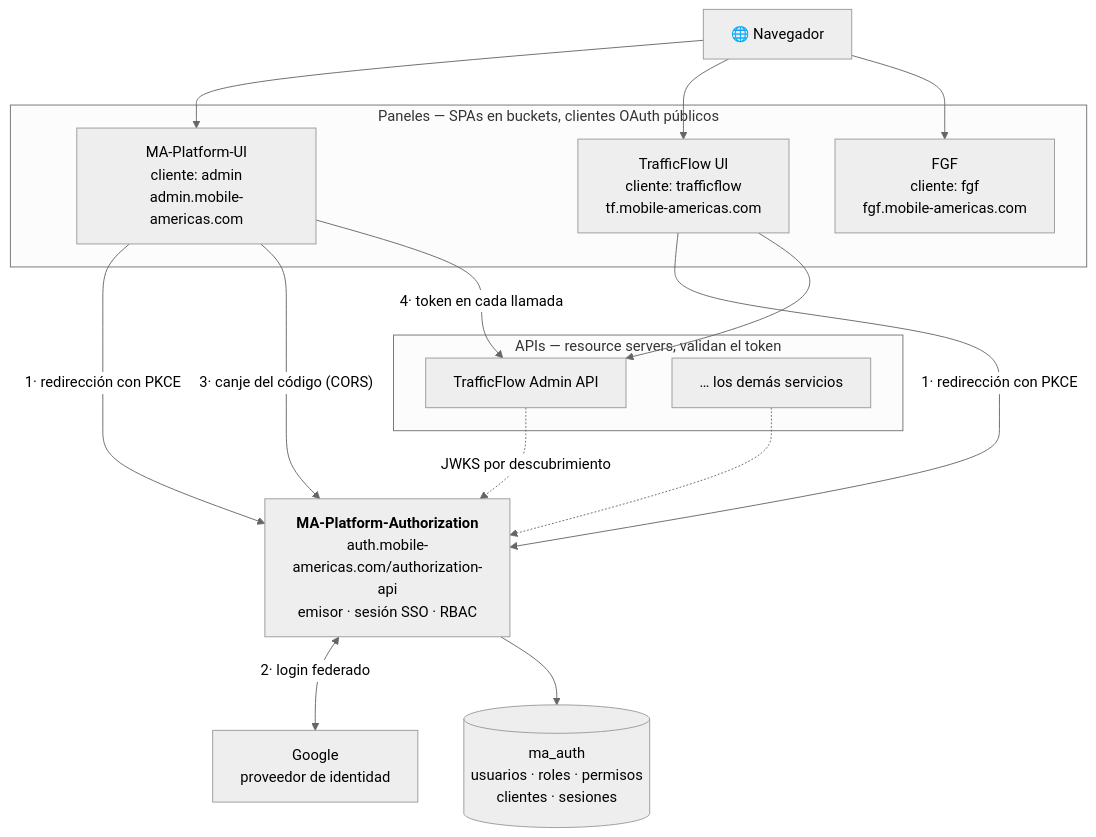
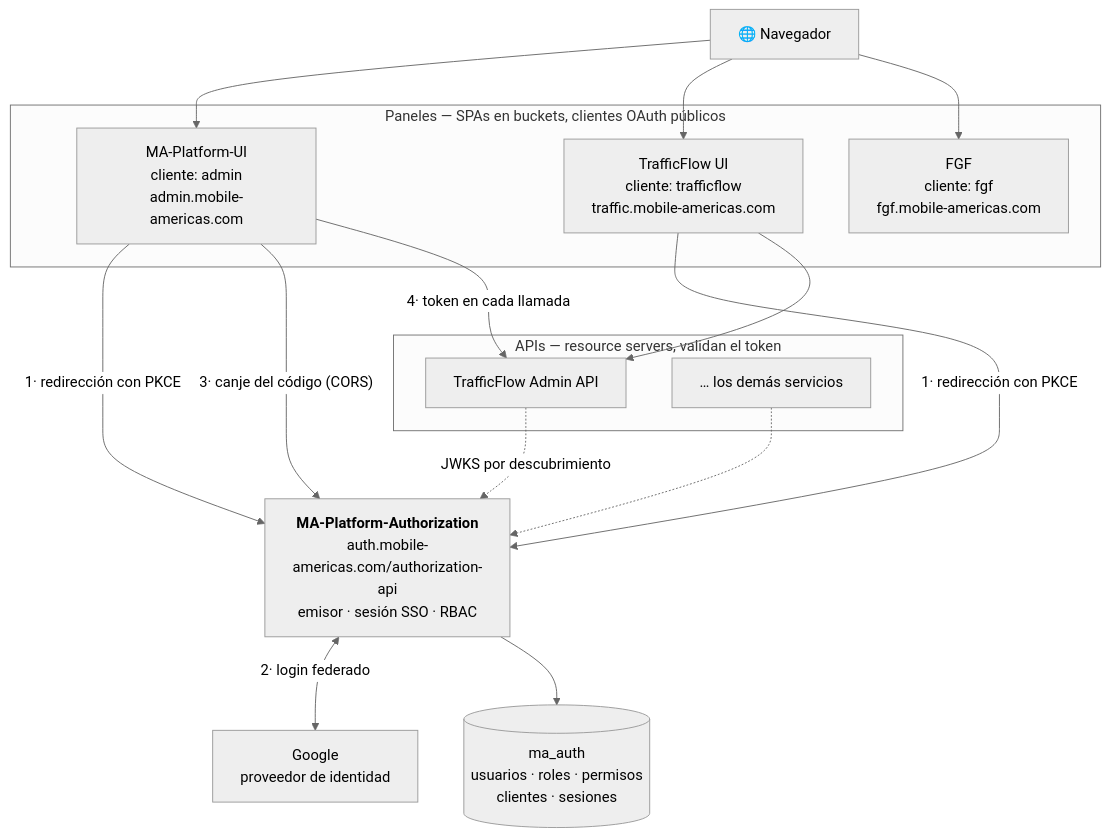
Before and after one commit to difgar/MA-Platform-Authorization: the diagram in docs/arquitectura.md, drawn with Mermaid (neutral theme). The commit also changed other lines of this file and 9 other files, not shown here.

````diff
--- a/docs/arquitectura.md
+++ b/docs/arquitectura.md
@@ -16,31 +16,31 @@
 ```mermaid
 graph TB
     N["🌐 Navegador"]
 
     subgraph paneles["Paneles — SPAs en buckets, clientes OAuth públicos"]
         HOME["MA-Platform-UI<br/>cliente: admin<br/>admin.mobile-americas.com"]
-        TF["TrafficFlow UI<br/>cliente: trafficflow<br/>tf.mobile-americas.com"]
+        TF["TrafficFlow UI<br/>cliente: trafficflow<br/>traffic.mobile-americas.com"]
         FGF["FGF<br/>cliente: fgf<br/>fgf.mobile-americas.com"]
     end
 
     AUTH["<b>MA-Platform-Authorization</b><br/>auth.mobile-americas.com/authorization-api<br/>emisor · sesión SSO · RBAC"]
     G["Google<br/>proveedor de identidad"]
 
     subgraph apis["APIs — resource servers, validan el token"]
         MS2["TrafficFlow Admin API"]
         OTRAS["… los demás servicios"]
     end
 
     DB[("ma_auth<br/>usuarios · roles · permisos<br/>clientes · sesiones")]
 
     N --> HOME & TF & FGF
     HOME -->|"1· redirección con PKCE"| AUTH
     TF -->|"1· redirección con PKCE"| AUTH
     AUTH <-->|"2· login federado"| G
     HOME -->|"3· canje del código (CORS)"| AUTH
     HOME -->|"4· token en cada llamada"| MS2
     TF --> MS2
     MS2 -.->|"JWKS por descubrimiento"| AUTH
     OTRAS -.-> AUTH
     AUTH --> DB
 ```
````
